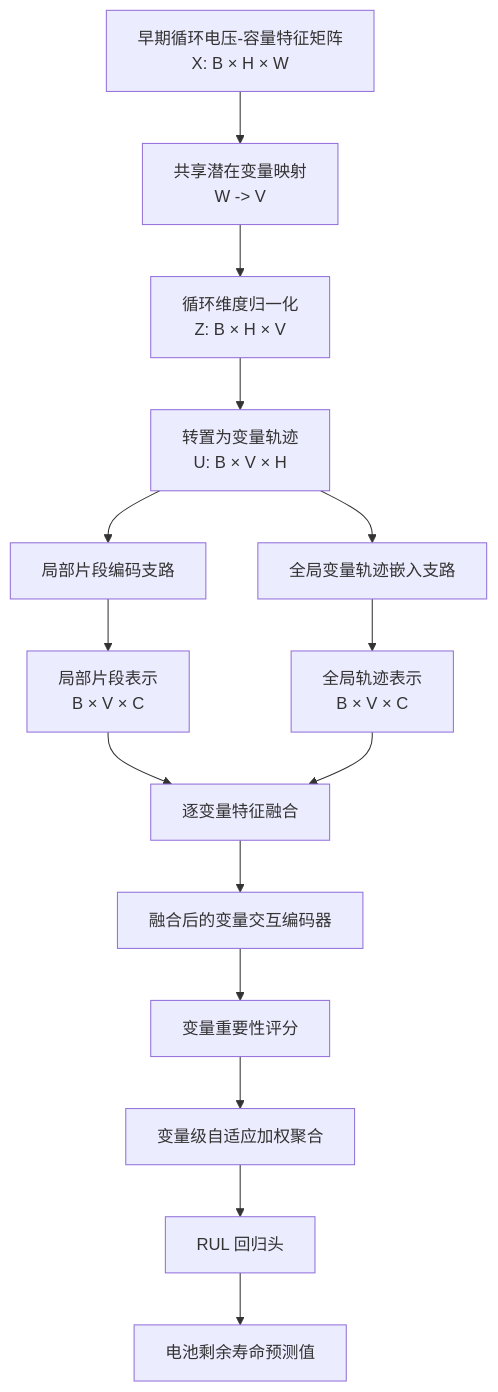
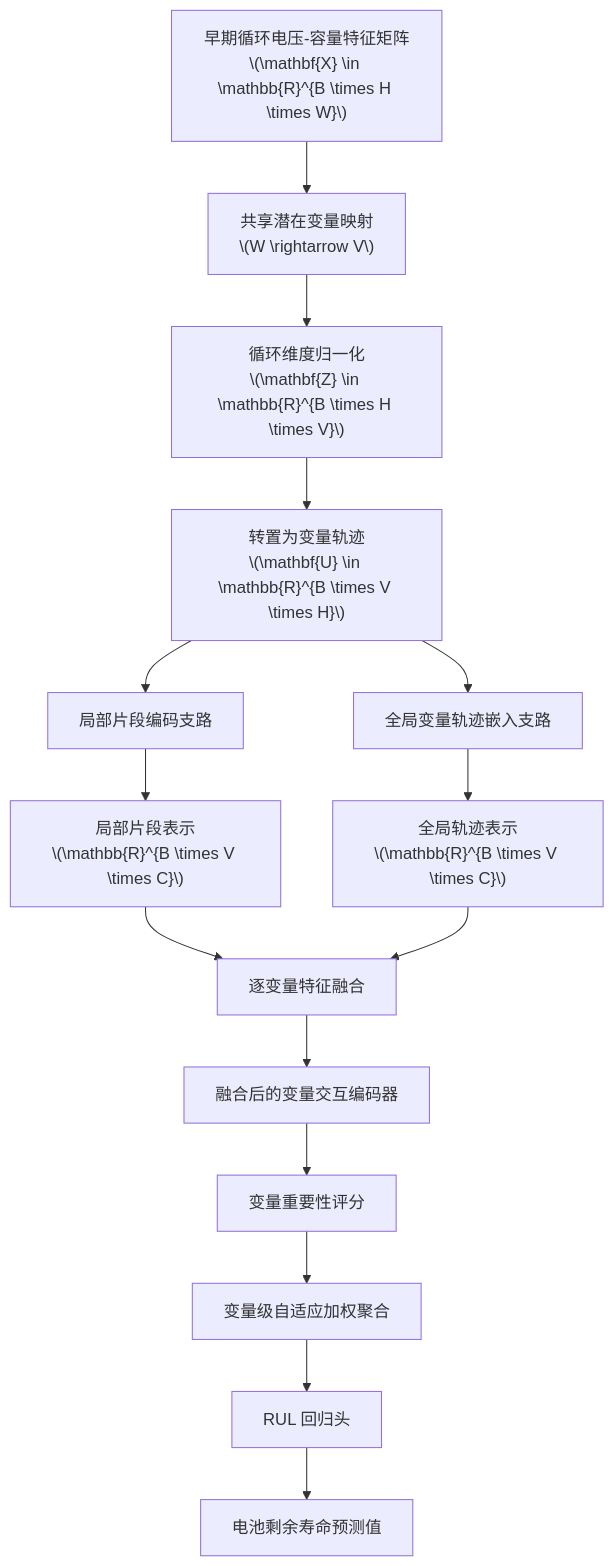
Before and after one commit to xskukuku/0_MyFiles: the third of 6 diagrams in 专利/交底书.md, drawn with Mermaid. The commit also changed other lines of this file, not shown here.

````diff
--- a/专利/交底书.md
+++ b/专利/交底书.md
@@ -1406,22 +1681,22 @@
 ```mermaid
 flowchart TD
-    A["早期循环电压-容量特征矩阵<br/>X: B × H × W"] --> B["共享潜在变量映射<br/>W -> V"]
-    B --> C["循环维度归一化<br/>Z: B × H × V"]
+    A["早期循环电压-容量特征矩阵<br/>\(\mathbf{X} \in \mathbb{R}^{B \times H \times W}\)"] --> B["共享潜在变量映射<br/>\(W \rightarrow V\)"]
+    B --> C["循环维度归一化<br/>\(\mathbf{Z} \in \mathbb{R}^{B \times H \times V}\)"]
 
-    C --> D["转置为变量轨迹<br/>U: B × V × H"]
+    C --> D["转置为变量轨迹<br/>\(\mathbf{U} \in \mathbb{R}^{B \times V \times H}\)"]
 
     D --> E1["局部片段编码支路"]
     D --> E2["全局变量轨迹嵌入支路"]
 
-    E1 --> F1["局部片段表示<br/>B × V × C"]
-    E2 --> F2["全局轨迹表示<br/>B × V × C"]
+    E1 --> F1["局部片段表示<br/>\(\mathbb{R}^{B \times V \times C}\)"]
+    E2 --> F2["全局轨迹表示<br/>\(\mathbb{R}^{B \times V \times C}\)"]
 
     F1 --> G["逐变量特征融合"]
     F2 --> G
 
     G --> H["融合后的变量交互编码器"]
     H --> I["变量重要性评分"]
     I --> J["变量级自适应加权聚合"]
     J --> K["RUL 回归头"]
     K --> L["电池剩余寿命预测值"]
 ```
````
